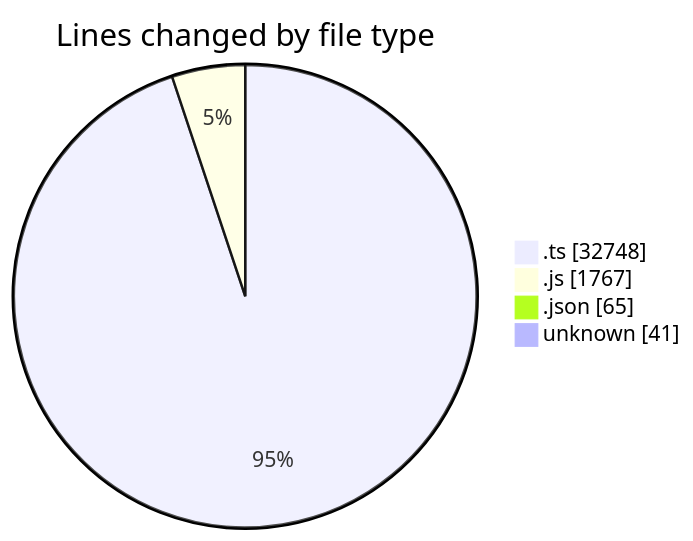
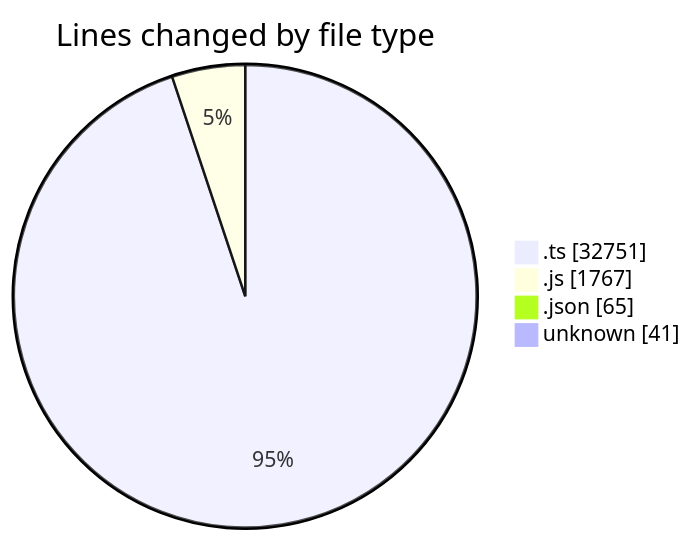
One commit to momahboobian/code-tracking changed the first of 2 diagrams in 2025-07-31/cda/README.md. Above: the diagram before and after it, drawn with Mermaid. The commit also changed other lines of this file and 1 other file, not shown here.

````diff
--- a/2025-07-31/cda/README.md
+++ b/2025-07-31/cda/README.md
@@ -30,8 +30,8 @@
 ```mermaid
 pie showData
 title Lines changed by file type
-".ts" : 32748
+".ts" : 32751
 ".js" : 1767
 ".json" : 65
 "unknown" : 41
 ```
````
